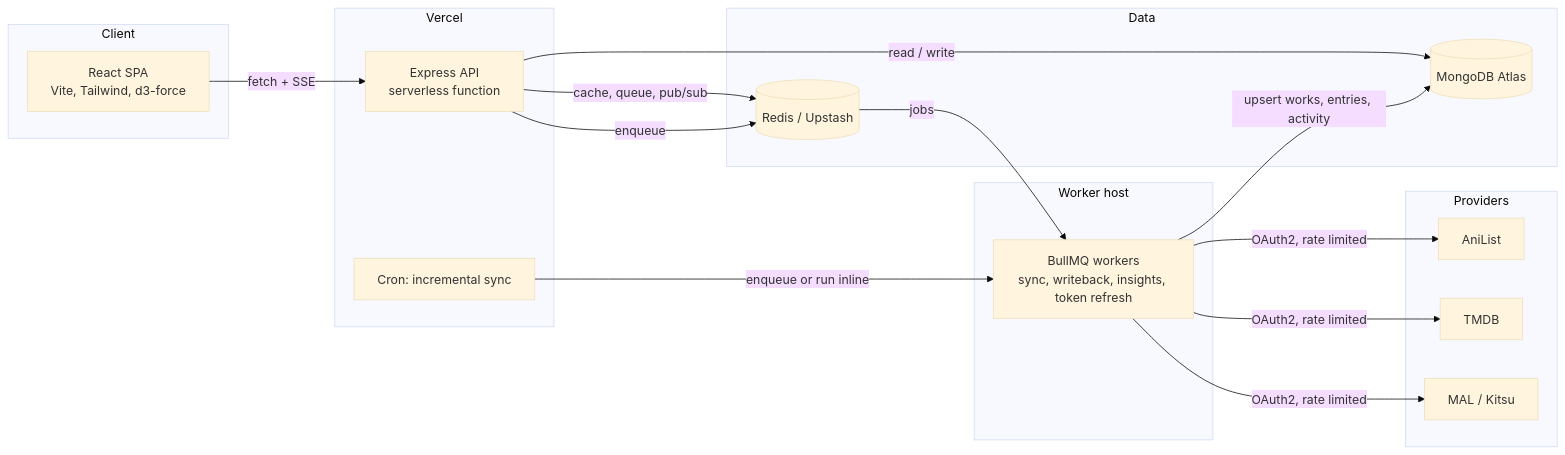
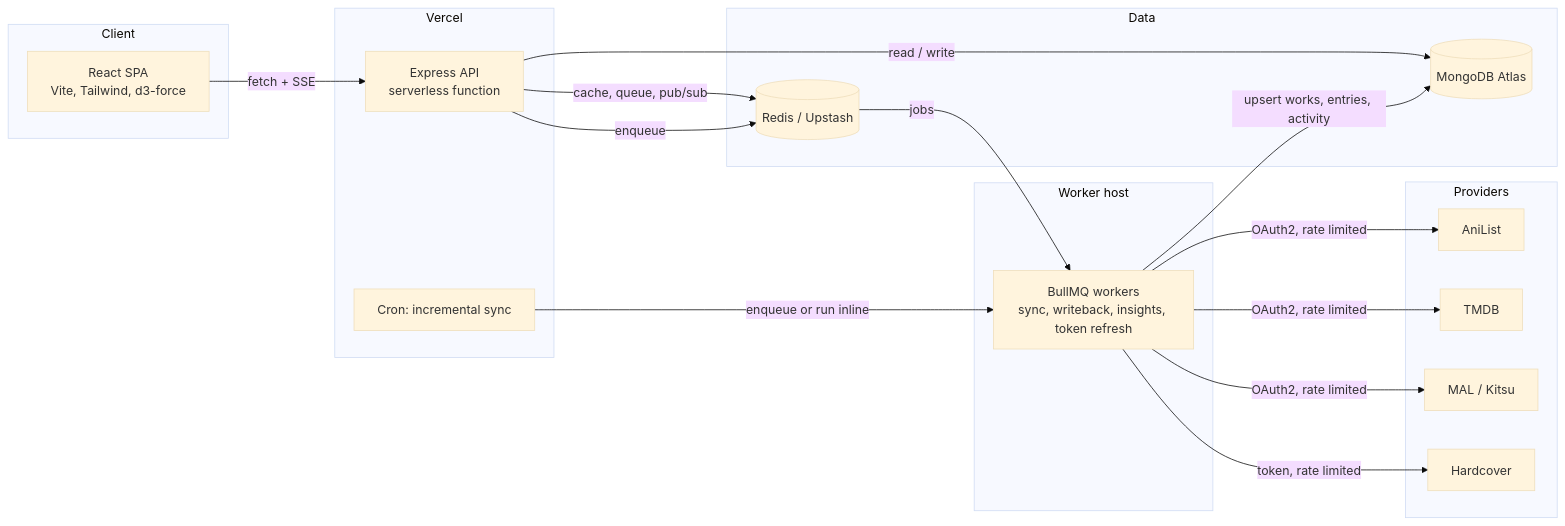
One commit to Abudora-0/Kanzen changed the first of 2 diagrams in README.md. Above: the diagram before and after it, drawn with Mermaid (base theme). The commit also changed other lines of this file and 19 other files, not shown here.

````diff
--- a/README.md
+++ b/README.md
@@ -55,31 +55,33 @@
 ```mermaid
 flowchart LR
   subgraph Client
     W[React SPA<br/>Vite, Tailwind, d3-force]
   end
   subgraph Vercel
     A[Express API<br/>serverless function]
     CR[Cron: incremental sync]
   end
   subgraph Worker host
     K[BullMQ workers<br/>sync, writeback, insights, token refresh]
   end
   subgraph Data
     M[(MongoDB Atlas)]
     R[(Redis / Upstash)]
   end
   subgraph Providers
     P1[AniList]
     P2[TMDB]
     P3[MAL / Kitsu]
+    P4[Hardcover]
   end
 
   W -- fetch + SSE --> A
   A -- read / write --> M
   A -- cache, queue, pub/sub --> R
   A -- enqueue --> R
   R -- jobs --> K
   K -- OAuth2, rate limited --> P1 & P2 & P3
+  K -- token, rate limited --> P4
   K -- upsert works, entries, activity --> M
   CR -- enqueue or run inline --> K
 ```
````
